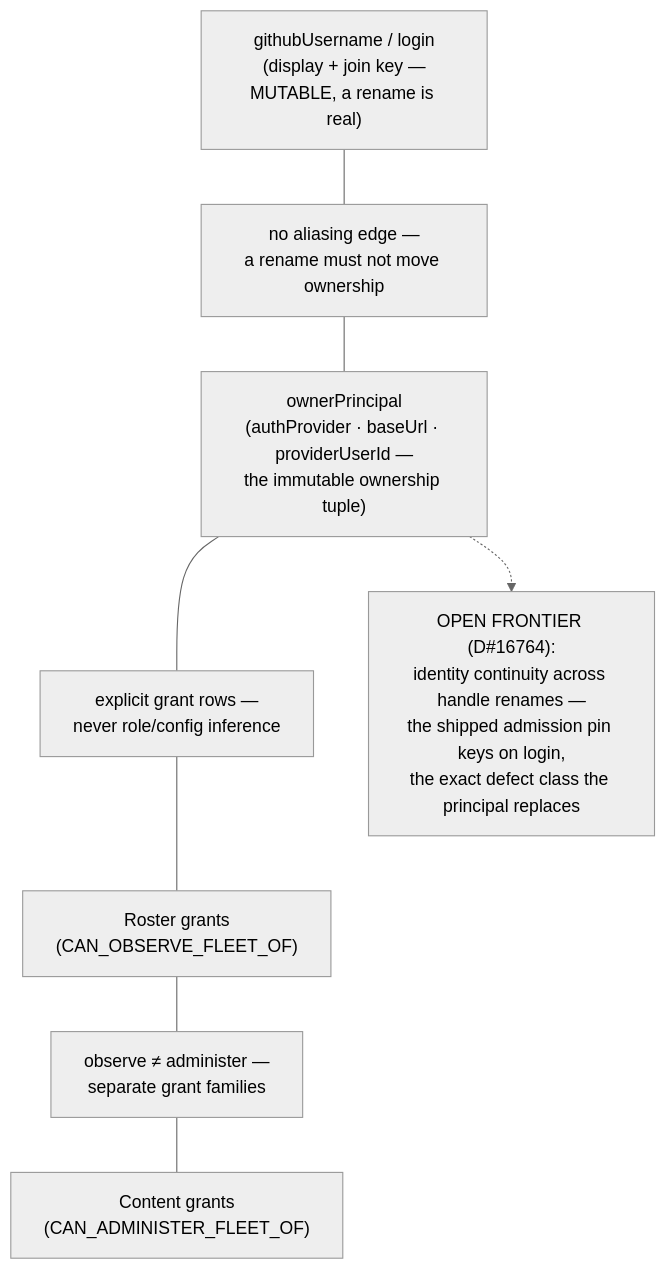
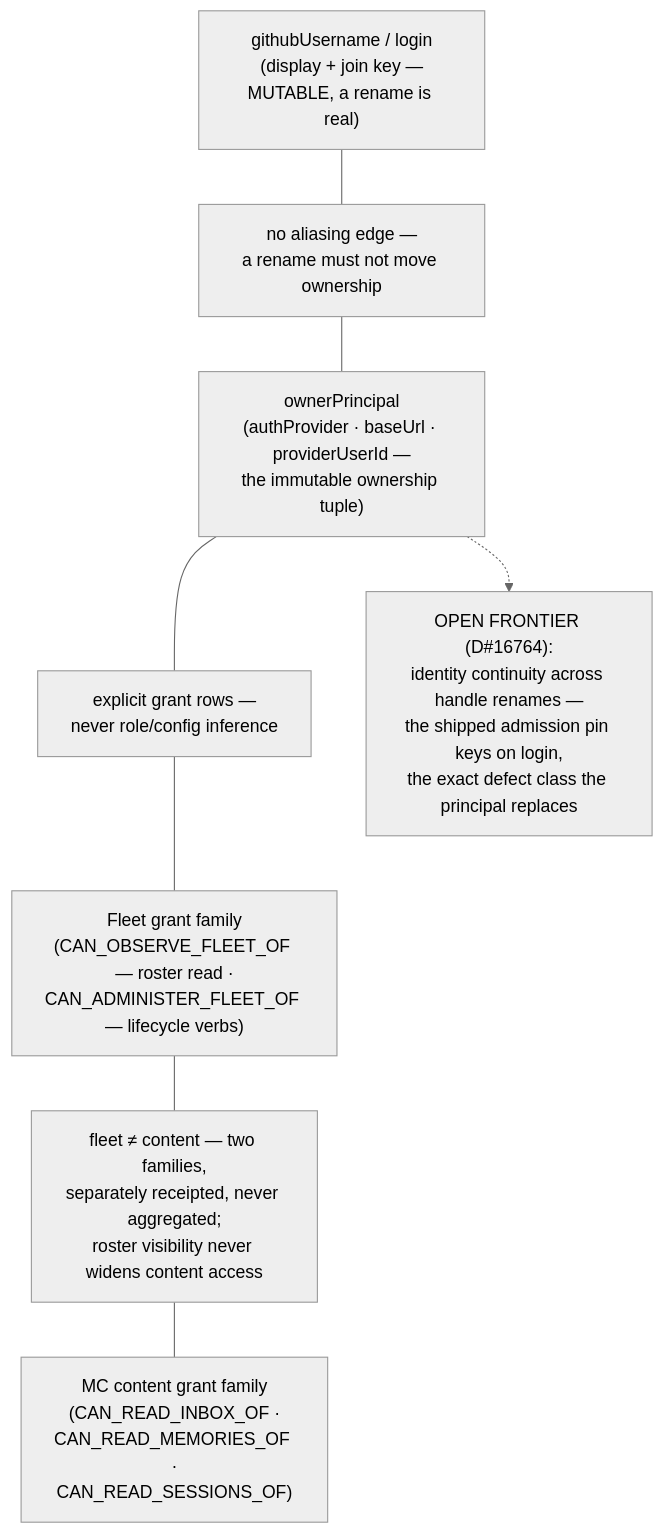
Before and after one commit to neomjs/neo: the third of 6 diagrams in learn/agentos/FleetManagerArchitecture.md, drawn with Mermaid (neutral theme). The commit also changed other lines of this file, not shown here.

Commit message:
docs(learn): FM guide cycle-2 — six-class D1, grant families, frontier truth, identity citations (#16798)

````diff
--- a/learn/agentos/FleetManagerArchitecture.md
+++ b/learn/agentos/FleetManagerArchitecture.md
@@ -77,18 +88,18 @@
 ```mermaid
 flowchart TD
     Login["githubUsername / login<br/>(display + join key —<br/>MUTABLE, a rename is real)"]
     Owner["ownerPrincipal<br/>(authProvider · baseUrl · providerUserId —<br/>the immutable ownership tuple)"]
-    RGrants["Roster grants<br/>(CAN_OBSERVE_FLEET_OF)"]
-    CGrants["Content grants<br/>(CAN_ADMINISTER_FLEET_OF)"]
+    FGrants["Fleet grant family<br/>(CAN_OBSERVE_FLEET_OF — roster read ·<br/>CAN_ADMINISTER_FLEET_OF — lifecycle verbs)"]
+    CGrants["MC content grant family<br/>(CAN_READ_INBOX_OF ·<br/>CAN_READ_MEMORIES_OF ·<br/>CAN_READ_SESSIONS_OF)"]
 
     Login --- Sep1["no aliasing edge —<br/>a rename must not move ownership"]
     Sep1 --- Owner
     Owner --- Sep2["explicit grant rows —<br/>never role/config inference"]
-    Sep2 --- RGrants
-    RGrants --- Sep3["observe ≠ administer —<br/>separate grant families"]
+    Sep2 --- FGrants
+    FGrants --- Sep3["fleet ≠ content — two families,<br/>separately receipted, never aggregated;<br/>roster visibility never widens content access"]
     Sep3 --- CGrants
 
     Frontier["OPEN FRONTIER (D#16764):<br/>identity continuity across handle renames —<br/>the shipped admission pin keys on login,<br/>the exact defect class the principal replaces"]
 
     Owner -.-> Frontier
 ```
````
